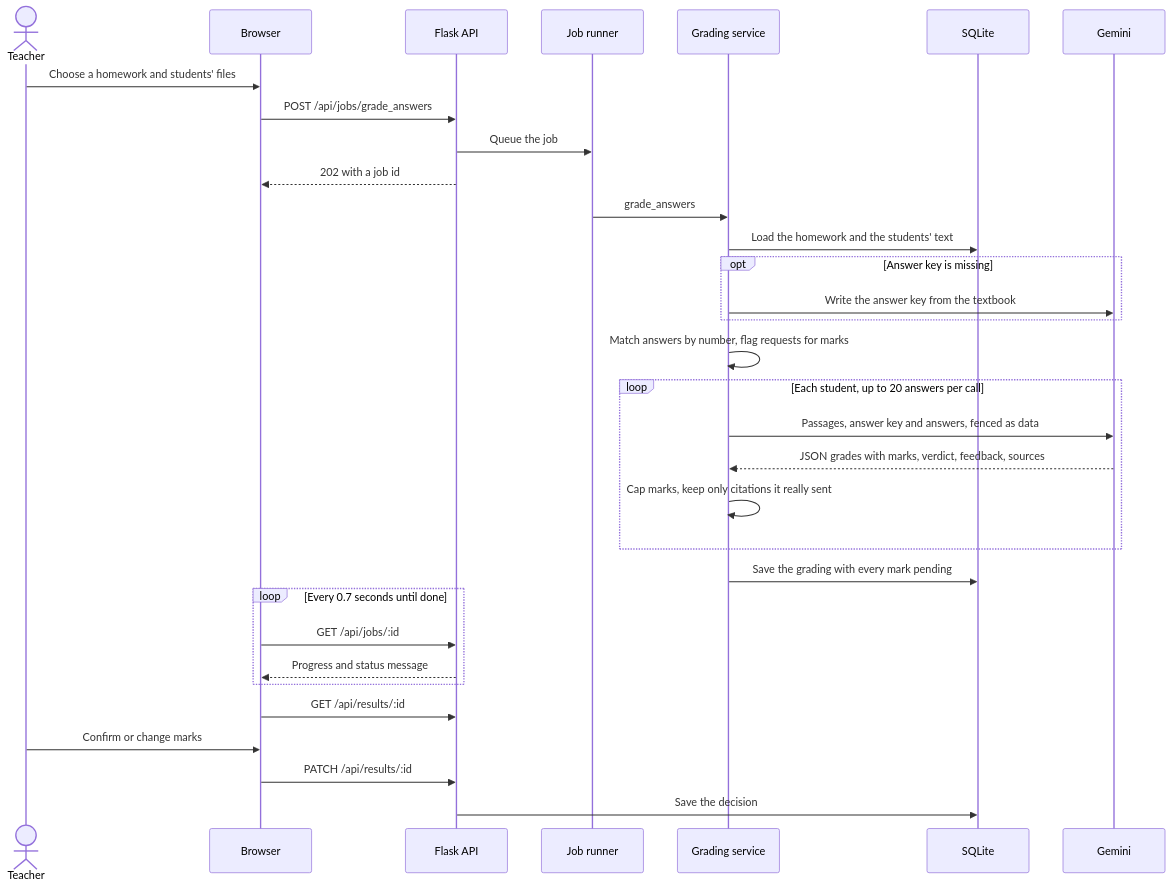
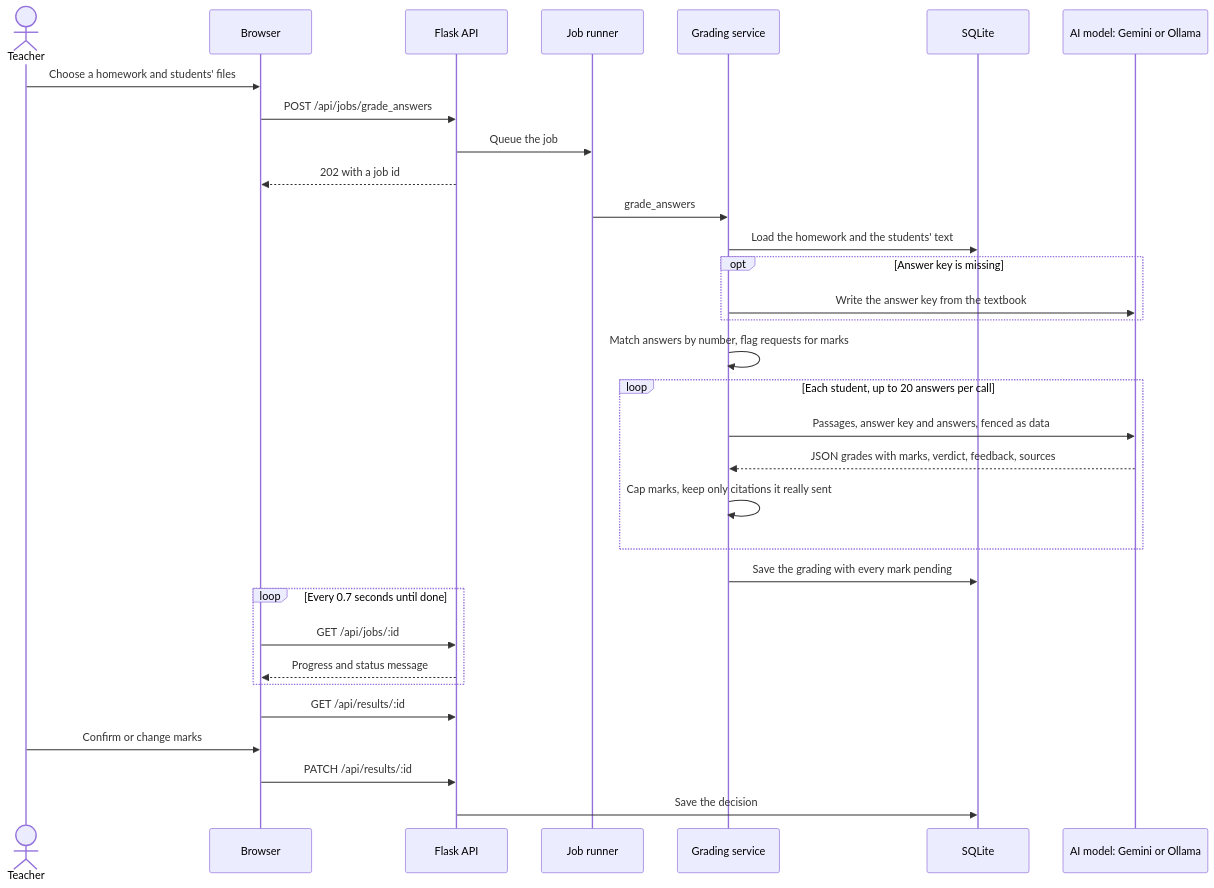
Before and after one commit to nithinskumar866/AIdoccreator: the third of 7 diagrams in README.md, drawn with Mermaid. The commit also changed other lines of this file, not shown here.

First line of the commit message:
Add a What's new section to the README and describe both model providers

````diff
--- a/README.md
+++ b/README.md
@@ -155,35 +199,35 @@
 ```mermaid
 sequenceDiagram
     actor T as Teacher
     participant UI as Browser
     participant API as Flask API
     participant J as Job runner
     participant S as Grading service
     participant DB as SQLite
-    participant G as Gemini
+    participant G as AI model: Gemini or Ollama
 
     T->>UI: Choose a homework and students' files
     UI->>API: POST /api/jobs/grade_answers
     API->>J: Queue the job
     API-->>UI: 202 with a job id
     J->>S: grade_answers
     S->>DB: Load the homework and the students' text
     opt Answer key is missing
         S->>G: Write the answer key from the textbook
     end
     S->>S: Match answers by number, flag requests for marks
     loop Each student, up to 20 answers per call
         S->>G: Passages, answer key and answers, fenced as data
         G-->>S: JSON grades with marks, verdict, feedback, sources
         S->>S: Cap marks, keep only citations it really sent
     end
     S->>DB: Save the grading with every mark pending
     loop Every 0.7 seconds until done
         UI->>API: GET /api/jobs/:id
         API-->>UI: Progress and status message
     end
     UI->>API: GET /api/results/:id
     T->>UI: Confirm or change marks
     UI->>API: PATCH /api/results/:id
     API->>DB: Save the decision
 ```
````
